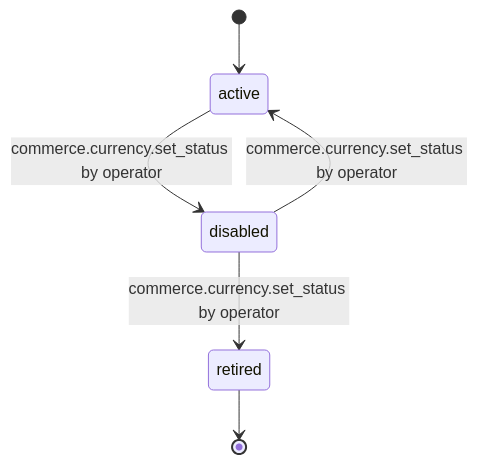
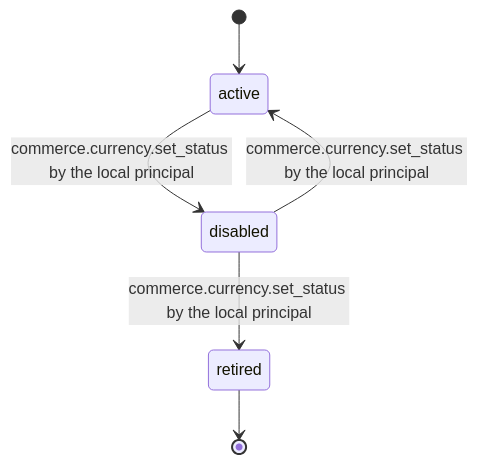
Before and after one commit to djshellshoxxx/CLASSifiedisRUPTed: the diagram in 09_Commerce/03_valuation/mod_currency/workflow_state_machine.md, drawn with Mermaid. The commit also changed other lines of this file and 202 other files, not shown here.

````diff
--- a/09_Commerce/03_valuation/mod_currency/workflow_state_machine.md
+++ b/09_Commerce/03_valuation/mod_currency/workflow_state_machine.md
@@ -25,8 +25,8 @@
 ```mermaid
 stateDiagram-v2
   [*] --> active
-  active --> disabled: commerce.currency.set_status by operator
-  disabled --> active: commerce.currency.set_status by operator
-  disabled --> retired: commerce.currency.set_status by operator
+  active --> disabled: commerce.currency.set_status by the local principal
+  disabled --> active: commerce.currency.set_status by the local principal
+  disabled --> retired: commerce.currency.set_status by the local principal
   retired --> [*]
 ```
````
